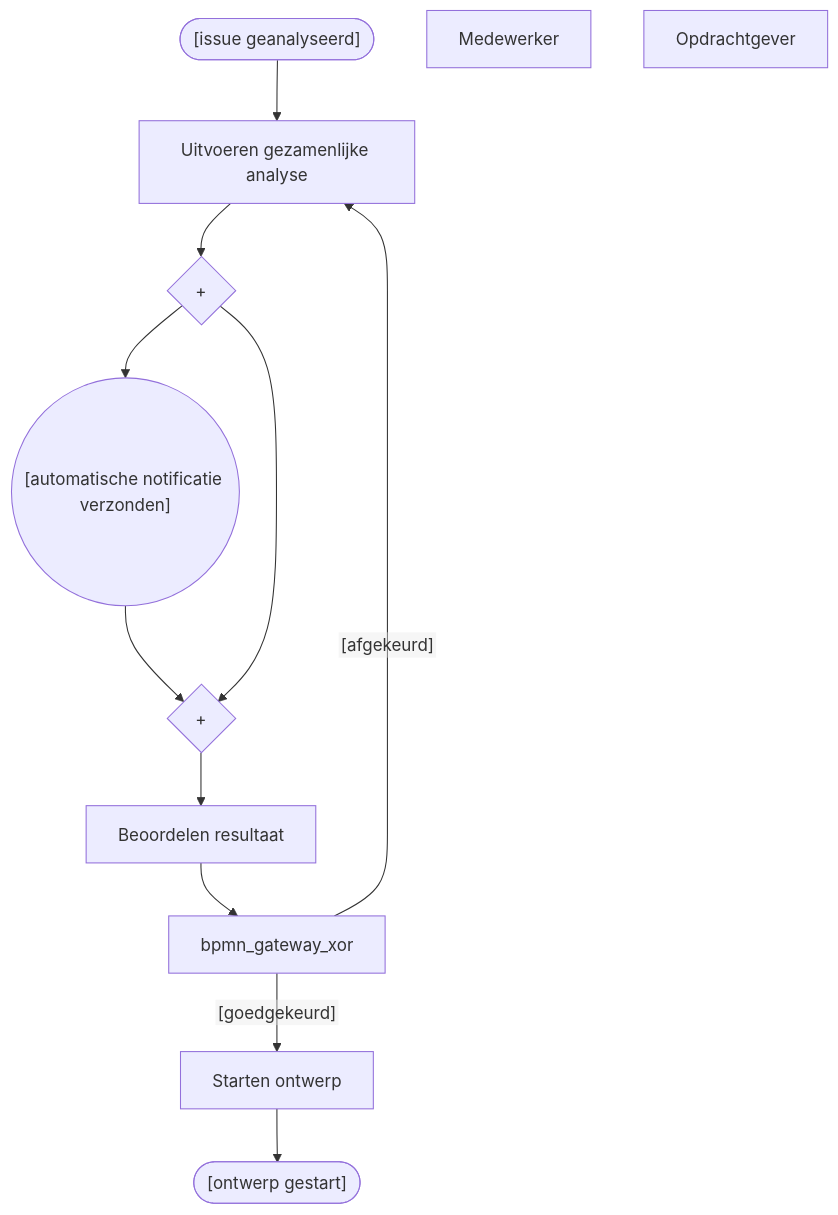
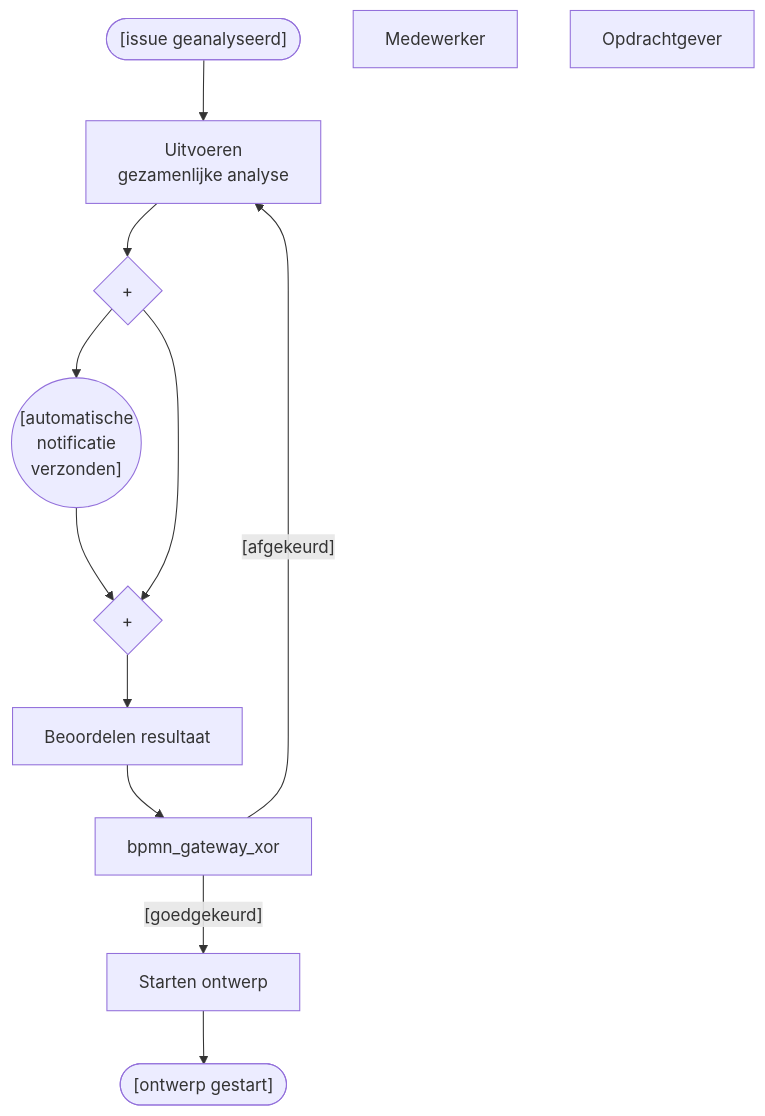
Before and after one commit to Zaibatsu89/IssueTracker: the diagram in 4 Issue Tracker review analyse.mermaid, drawn with Mermaid. The commit also changed 14 other files, not shown here.

```diff
--- a/4 Issue Tracker review analyse.mermaid
+++ b/4 Issue Tracker review analyse.mermaid
@@ -1,22 +1,22 @@
-%%{init: {'theme': 'default', 'themeVariables': {'fontFamily': 'sans-serif'}, 'flowchart': {'htmlLabels': false}}}%%
+%%{init: {'theme': 'default', 'themeVariables': {'fontFamily': 'sans-serif'}, 'flowchart': {'htmlLabels': true}}}%%
 flowchart TD
     bpmn_start_event(["[issue geanalyseerd]"])
-    bpmn_task_intake["Uitvoeren gezamenlijke analyse"]
+    bpmn_task_intake["Uitvoeren<br>gezamenlijke analyse"]
     bpmn_gateway_fork{"+"}
-    bpmn_event_notification(("[automatische notificatie verzonden]"))
+    bpmn_event_notification(("[automatische<br>notificatie<br>verzonden]"))
     bpmn_gateway_join{"+"}
     bpmn_task_beoordeling["Beoordelen resultaat"]
     bpmn_task_analyse["Starten ontwerp"]
     bpmn_end_event(["[ontwerp gestart]"])
     mIc6XLMKuAxiAPNymMe0-20["Medewerker"]
     mIc6XLMKuAxiAPNymMe0-21["Opdrachtgever"]
     bpmn_gateway_xor -->|"[goedgekeurd]"| bpmn_task_analyse
     bpmn_gateway_xor -->|"[afgekeurd]"| bpmn_task_intake
     bpmn_start_event --> bpmn_task_intake
     bpmn_task_intake --> bpmn_gateway_fork
     bpmn_gateway_fork --> bpmn_event_notification
     bpmn_event_notification --> bpmn_gateway_join
     bpmn_gateway_fork --> bpmn_gateway_join
     bpmn_gateway_join --> bpmn_task_beoordeling
     bpmn_task_beoordeling --> bpmn_gateway_xor
     bpmn_task_analyse --> bpmn_end_event
```
